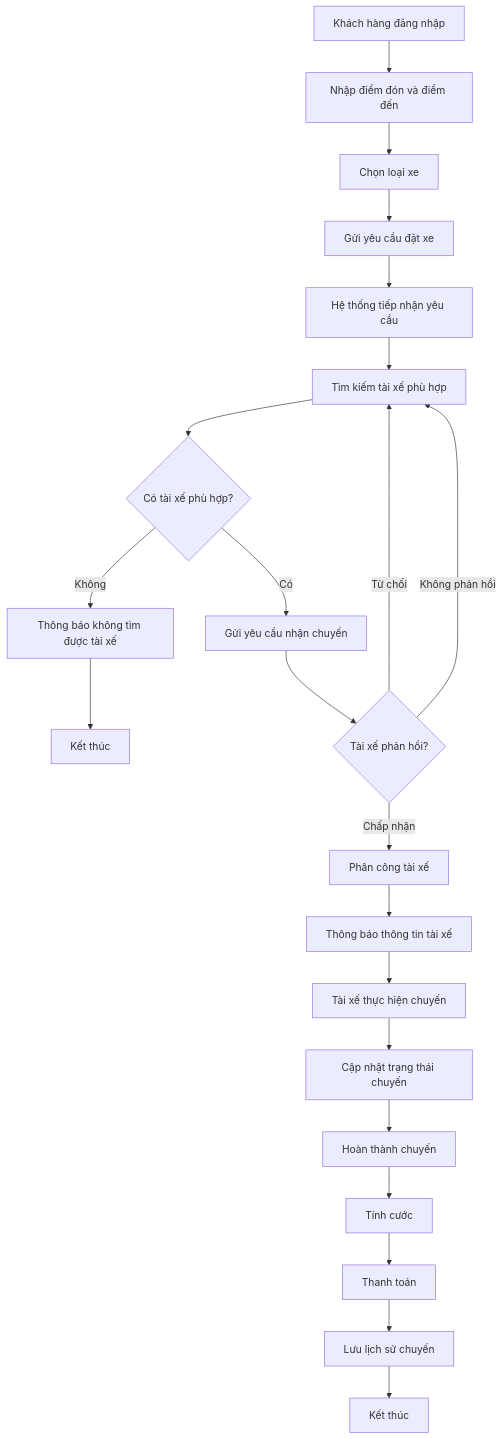
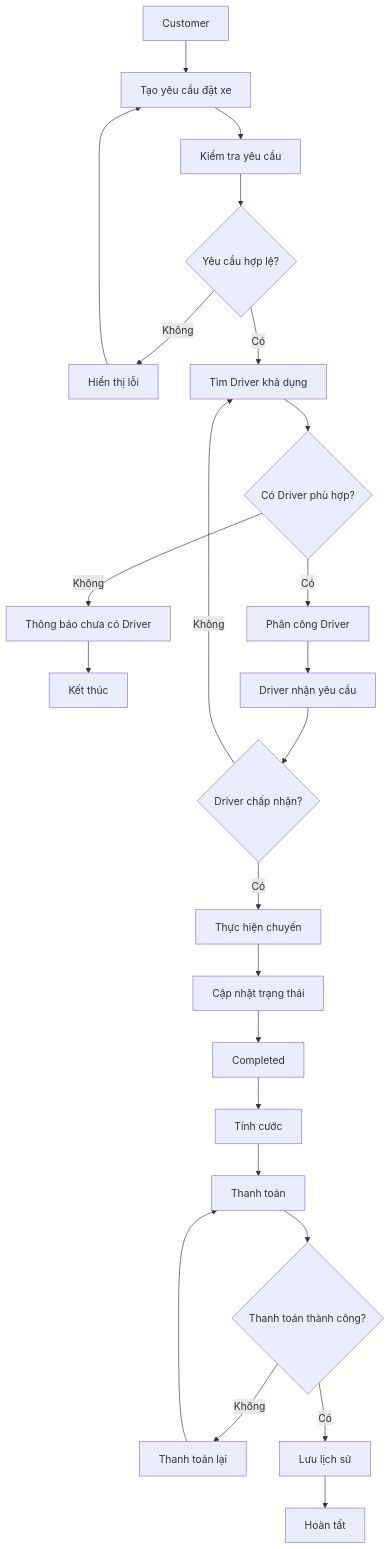
One commit to tuyetsang-sun/23663021_DaoThiTuyetSang_CABSYSTEM changed the fourth of 11 diagrams in SRS.md. Above: the diagram before and after it, drawn with Mermaid. The commit also changed other lines of this file, not shown here.

````diff
--- a/SRS.md
+++ b/SRS.md
@@ -356,29 +720,41 @@
 ```mermaid
 flowchart TD
-    A["Khách hàng đăng nhập"] --> B["Nhập điểm đón và điểm đến"]
-    B --> C["Chọn loại xe"]
-    C --> D["Gửi yêu cầu đặt xe"]
-    D --> E["Hệ thống tiếp nhận yêu cầu"]
-    E --> F["Tìm kiếm tài xế phù hợp"]
+    A["Customer"] --> B["Tạo yêu cầu đặt xe"]
+    B --> C["Kiểm tra yêu cầu"]
 
-    F --> G{"Có tài xế phù hợp?"}
+    C --> D{"Yêu cầu hợp lệ?"}
 
-    G -->|Không| H["Thông báo không tìm được tài xế"]
-    H --> I["Kết thúc"]
+    D -->|Không| E["Hiển thị lỗi"]
+    E --> B
 
-    G -->|Có| J["Gửi yêu cầu nhận chuyến"]
-    J --> K{"Tài xế phản hồi?"}
+    D -->|Có| F["Tìm Driver khả dụng"]
 
-    K -->|Từ chối| F
-    K -->|Không phản hồi| F
-    K -->|Chấp nhận| L["Phân công tài xế"]
+    F --> G{"Có Driver phù hợp?"}
 
-    L --> M["Thông báo thông tin tài xế"]
-    M --> N["Tài xế thực hiện chuyến"]
-    N --> O["Cập nhật trạng thái chuyến"]
-    O --> P["Hoàn thành chuyến"]
-    P --> Q["Tính cước"]
-    Q --> R["Thanh toán"]
-    R --> S["Lưu lịch sử chuyến"]
-    S --> T["Kết thúc"]
+    G -->|Không| H["Thông báo chưa có Driver"]
+    H --> Z["Kết thúc"]
+
+    G -->|Có| I["Phân công Driver"]
+
+    I --> J["Driver nhận yêu cầu"]
+
+    J --> K{"Driver chấp nhận?"}
+
+    K -->|Không| F
+    K -->|Có| L["Thực hiện chuyến"]
+
+    L --> M["Cập nhật trạng thái"]
+
+    M --> N["Completed"]
+
+    N --> O["Tính cước"]
+    O --> P["Thanh toán"]
+
+    P --> Q{"Thanh toán thành công?"}
+
+    Q -->|Không| R["Thanh toán lại"]
+    R --> P
+
+    Q -->|Có| S["Lưu lịch sử"]
+    S --> T["Hoàn tất"]
 ```
````
